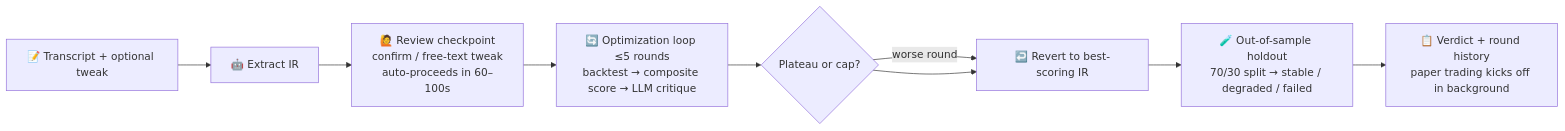
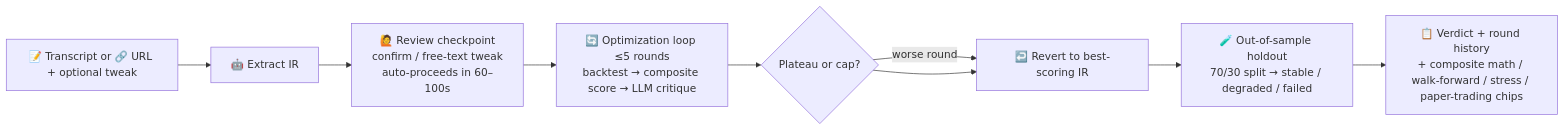
The fourth of 5 diagrams in README.md (harshit-tradeved/Risk-Analytics-Backtester-and-Stress_Tester-TradeVed-), drawn with Mermaid before and after one commit. The commit also changed other lines of this file and 4 other files, not shown here.

First line of the commit message:
docs: document the Full Pipeline URL input + result chips, fix wrong clone URL

````diff
--- a/README.md
+++ b/README.md
@@ -127,11 +141,11 @@
 ```mermaid
 flowchart LR
-    A[📝 Transcript + optional tweak] --> B[🤖 Extract IR]
+    A[📝 Transcript or 🔗 URL + optional tweak] --> B[🤖 Extract IR]
     B --> C[🙋 Review checkpoint<br/>confirm / free-text tweak<br/>auto-proceeds in 60–100s]
     C --> D[🔄 Optimization loop ≤5 rounds<br/>backtest → composite score → LLM critique]
     D --> E{Plateau or cap?}
     E -- worse round --> F[↩️ Revert to best-scoring IR]
     E --> F
     F --> G[🧪 Out-of-sample holdout<br/>70/30 split → stable / degraded / failed]
-    G --> H[📋 Verdict + round history<br/>paper trading kicks off in background]
+    G --> H[📋 Verdict + round history<br/>+ composite math / walk-forward / stress / paper-trading chips]
 ```
````
